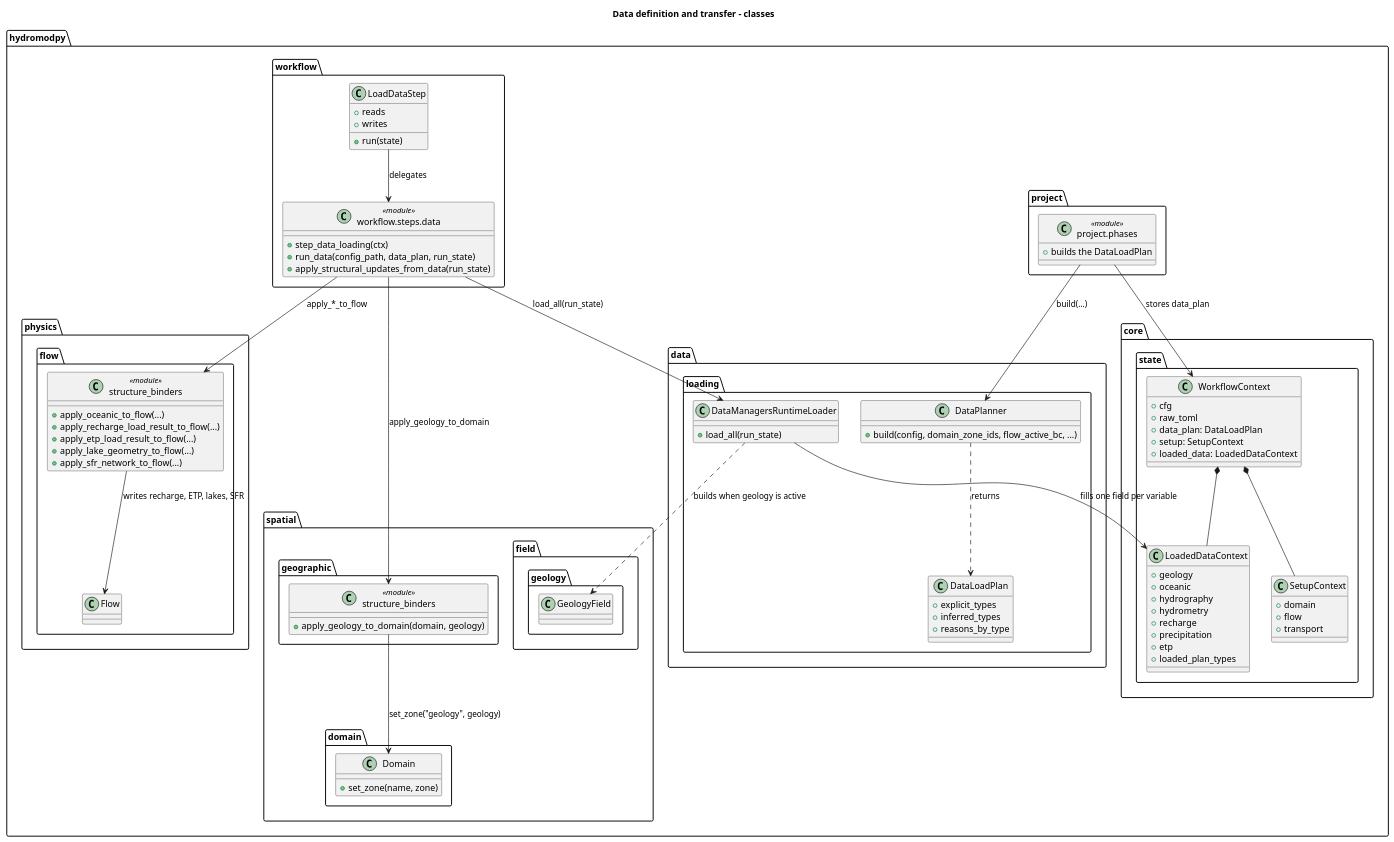
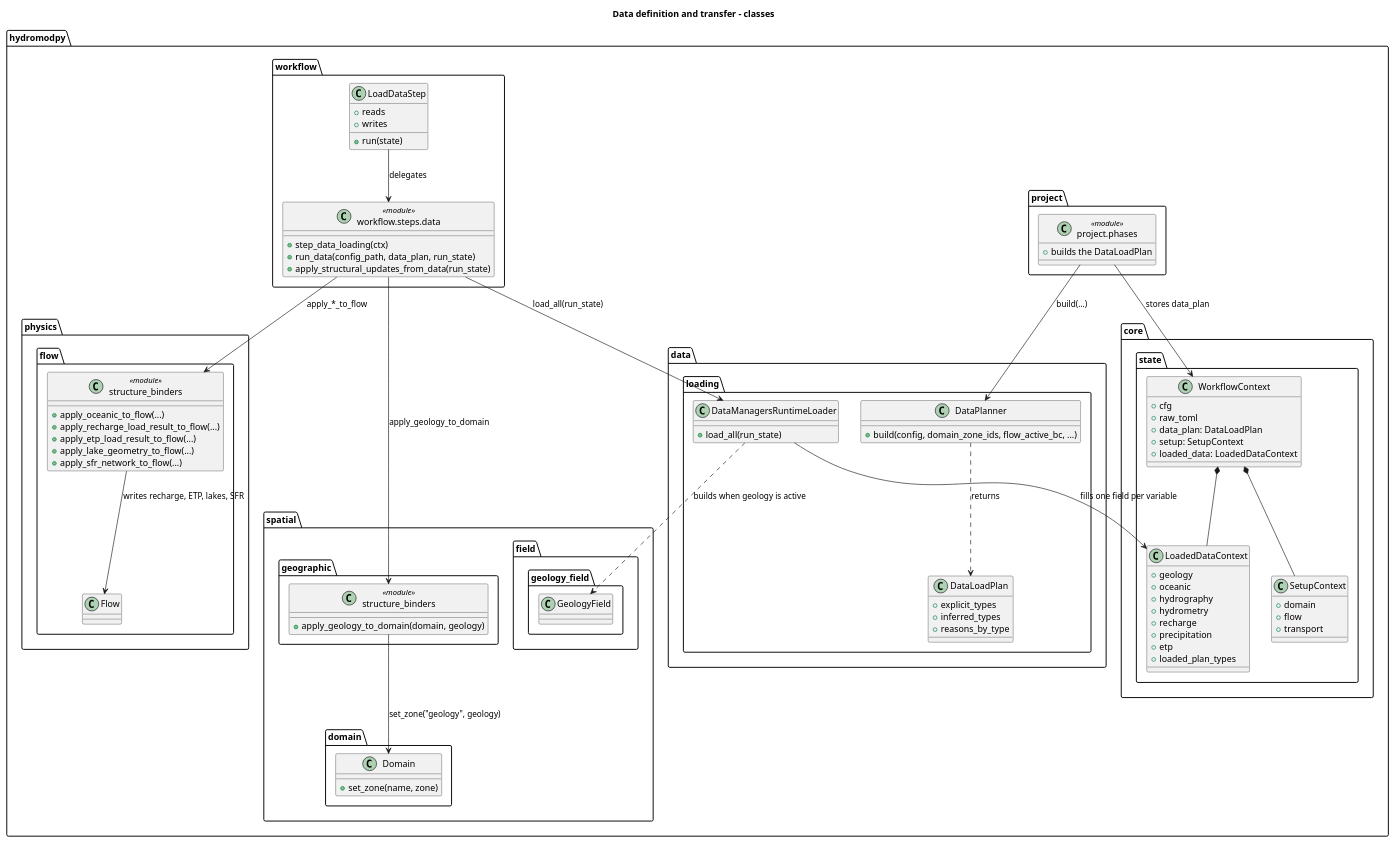
One commit to HydroModPy/HydroModPy changed the diagram in docs/source/contribute/architecture/data_loading/diagrams/data_definition_transfer_class.wsd. Above: the diagram before and after it, drawn with PlantUML. The commit also changed 366 other files, not shown here.

```diff
--- a/docs/source/contribute/architecture/data_loading/diagrams/data_definition_transfer_class.wsd
+++ b/docs/source/contribute/architecture/data_loading/diagrams/data_definition_transfer_class.wsd
@@ -1,108 +1,108 @@
 @startuml
 title Data definition and transfer - classes
 
 package "hydromodpy.project" {
   class "project.phases" as ProjectPhases <<module>> {
     +builds the DataLoadPlan
   }
 }
 
 package "hydromodpy.workflow" {
   class LoadDataStep {
     +reads
     +writes
     +run(state)
   }
   class "workflow.steps.data" as DataStepModule <<module>> {
     +step_data_loading(ctx)
     +run_data(config_path, data_plan, run_state)
     +apply_structural_updates_from_data(run_state)
   }
 }
 
 package "hydromodpy.core.state" {
   class WorkflowContext {
     +cfg
     +raw_toml
     +data_plan: DataLoadPlan
     +setup: SetupContext
     +loaded_data: LoadedDataContext
   }
 
   class SetupContext {
     +domain
     +flow
     +transport
   }
 
   class LoadedDataContext {
     +geology
     +oceanic
     +hydrography
     +hydrometry
     +recharge
     +precipitation
     +etp
     +loaded_plan_types
   }
 }
 
 package "hydromodpy.data.loading" {
   class DataPlanner {
     +build(config, domain_zone_ids, flow_active_bc, ...)
   }
 
   class DataLoadPlan {
     +explicit_types
     +inferred_types
     +reasons_by_type
   }
 
   class DataManagersRuntimeLoader {
     +load_all(run_state)
   }
 }
 
-package "hydromodpy.spatial.field.geology" {
+package "hydromodpy.spatial.field.geology_field" {
   class GeologyField
 }
 
 package "hydromodpy.spatial.domain" {
   class Domain {
     +set_zone(name, zone)
   }
 }
 
 package "hydromodpy.physics.flow" {
   class Flow
   class "structure_binders" as FlowBinders <<module>> {
     +apply_oceanic_to_flow(...)
     +apply_recharge_load_result_to_flow(...)
     +apply_etp_load_result_to_flow(...)
     +apply_lake_geometry_to_flow(...)
     +apply_sfr_network_to_flow(...)
   }
 }
 
 package "hydromodpy.spatial.geographic" {
   class "structure_binders" as DomainBinders <<module>> {
     +apply_geology_to_domain(domain, geology)
   }
 }
 
 ProjectPhases --> DataPlanner : build(...)
 DataPlanner ..> DataLoadPlan : returns
 ProjectPhases --> WorkflowContext : stores data_plan
 LoadDataStep --> DataStepModule : delegates
 DataStepModule --> DataManagersRuntimeLoader : load_all(run_state)
 DataManagersRuntimeLoader --> LoadedDataContext : fills one field per variable
 DataManagersRuntimeLoader ..> GeologyField : builds when geology is active
 
 WorkflowContext *-- SetupContext
 WorkflowContext *-- LoadedDataContext
 
 DataStepModule --> DomainBinders : apply_geology_to_domain
 DomainBinders --> Domain : set_zone("geology", geology)
 DataStepModule --> FlowBinders : apply_*_to_flow
 FlowBinders --> Flow : writes recharge, ETP, lakes, SFR
 @enduml
```
